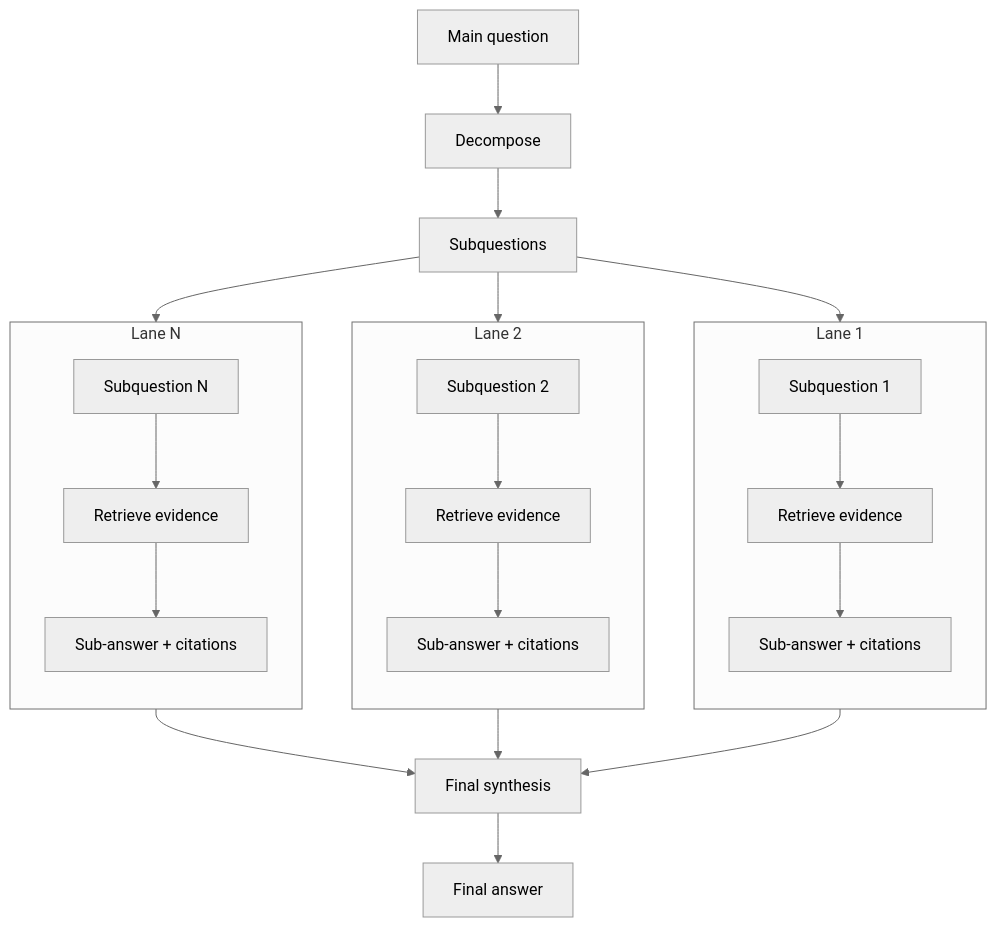
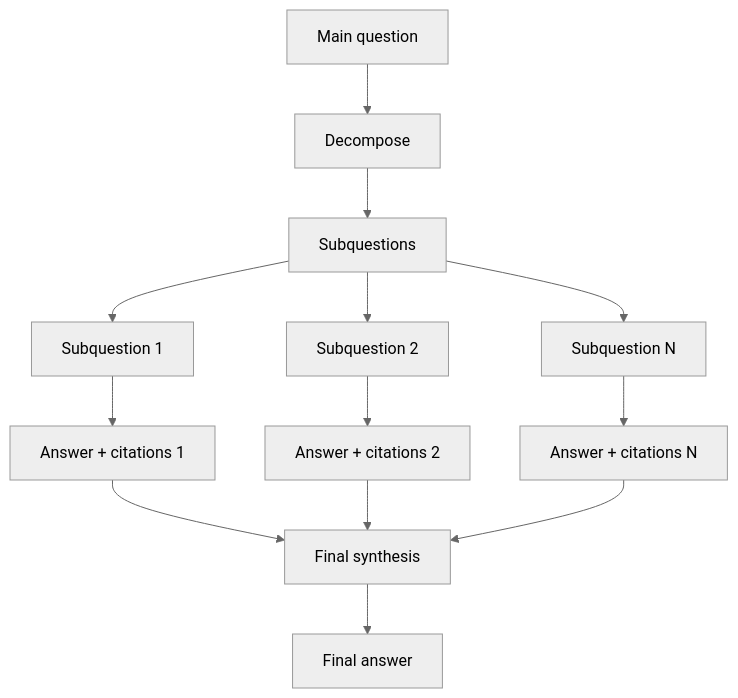
One commit to Nickbohm555/agent-search changed the diagram in README.md. Above: the diagram before and after it, drawn with Mermaid (neutral theme).

Commit message:
Use minimal README mermaid flow

````diff
--- a/README.md
+++ b/README.md
@@ -19,32 +19,18 @@
 ```mermaid
 flowchart TD
     Q["Main question"] --> D["Decompose"]
     D --> SQ["Subquestions"]
 
     SQ --> S1["Subquestion 1"]
     SQ --> S2["Subquestion 2"]
-    SQ --> SN["Subquestion N"]
+    SQ --> S3["Subquestion N"]
 
-    subgraph L1["Lane 1"]
-        direction TD
-        S1 --> R1["Retrieve evidence"]
-        R1 --> A1["Sub-answer + citations"]
-    end
-
-    subgraph L2["Lane 2"]
-        direction TD
-        S2 --> R2["Retrieve evidence"]
-        R2 --> A2["Sub-answer + citations"]
-    end
-
-    subgraph L3["Lane N"]
-        direction TD
-        SN --> RN["Retrieve evidence"]
-        RN --> AN["Sub-answer + citations"]
-    end
+    S1 --> A1["Answer + citations 1"]
+    S2 --> A2["Answer + citations 2"]
+    S3 --> A3["Answer + citations N"]
 
     A1 --> SYN["Final synthesis"]
     A2 --> SYN
-    AN --> SYN
+    A3 --> SYN
     SYN --> OUT["Final answer"]
 ```
````
